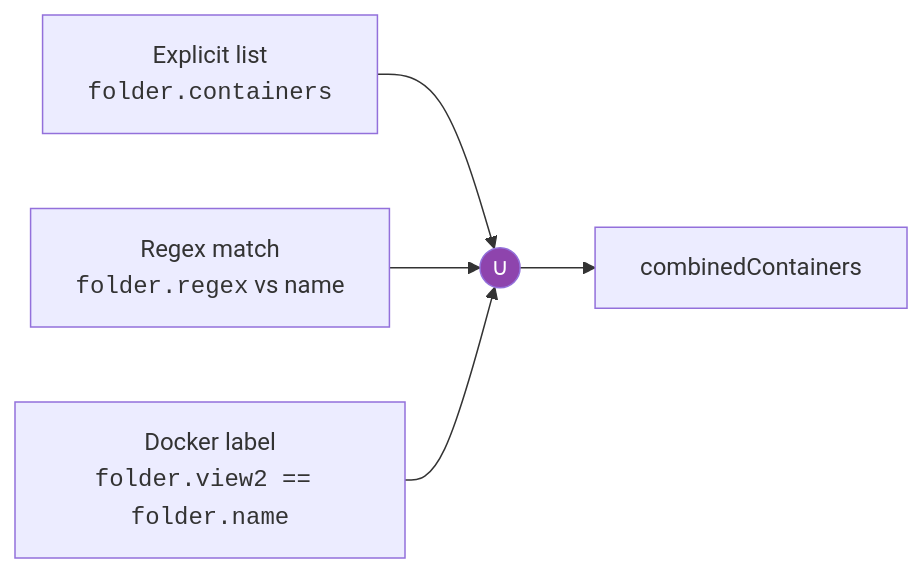
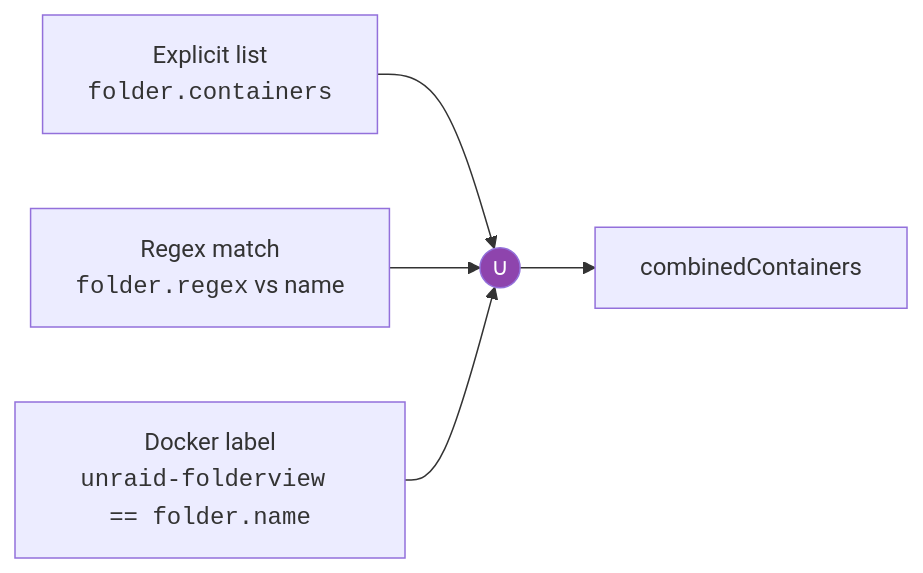
Before and after one commit to FugginOld/unraid-folderview: the second of 6 diagrams in ARCHITECTURE.md, drawn with Mermaid. The commit also changed other lines of this file and 82 other files, not shown here.

First line of the commit message:
Rename plugin from folder.view2 to unraid-folderview

````diff
--- a/ARCHITECTURE.md
+++ b/ARCHITECTURE.md
@@ -136,8 +136,8 @@
 ```mermaid
 graph LR
     A["Explicit list<br/><code>folder.containers</code>"] --> U(("∪"))
     B["Regex match<br/><code>folder.regex</code> vs name"] --> U
-    C["Docker label<br/><code>folder.view2 == folder.name</code>"] --> U
+    C["Docker label<br/><code>unraid-folderview == folder.name</code>"] --> U
     U --> M["combinedContainers"]
     style U fill:#8e44ad,color:#fff
 ```
````
